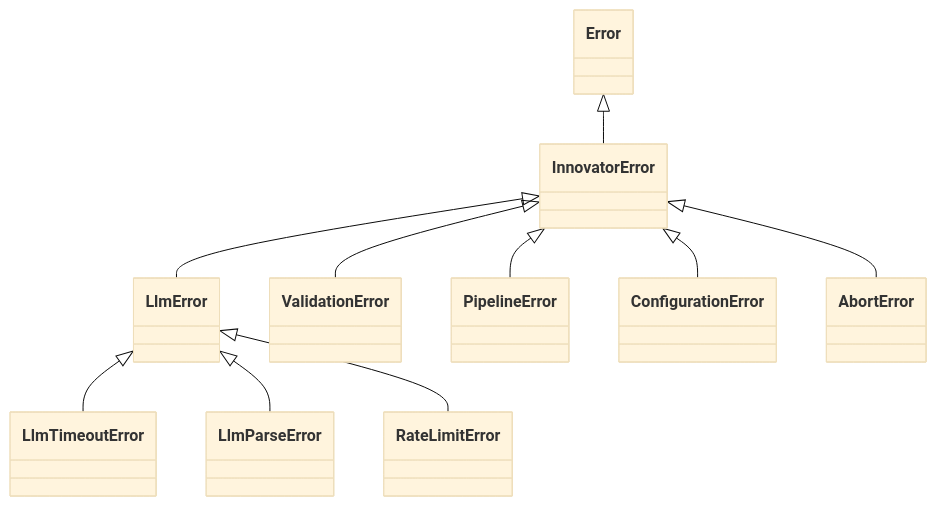
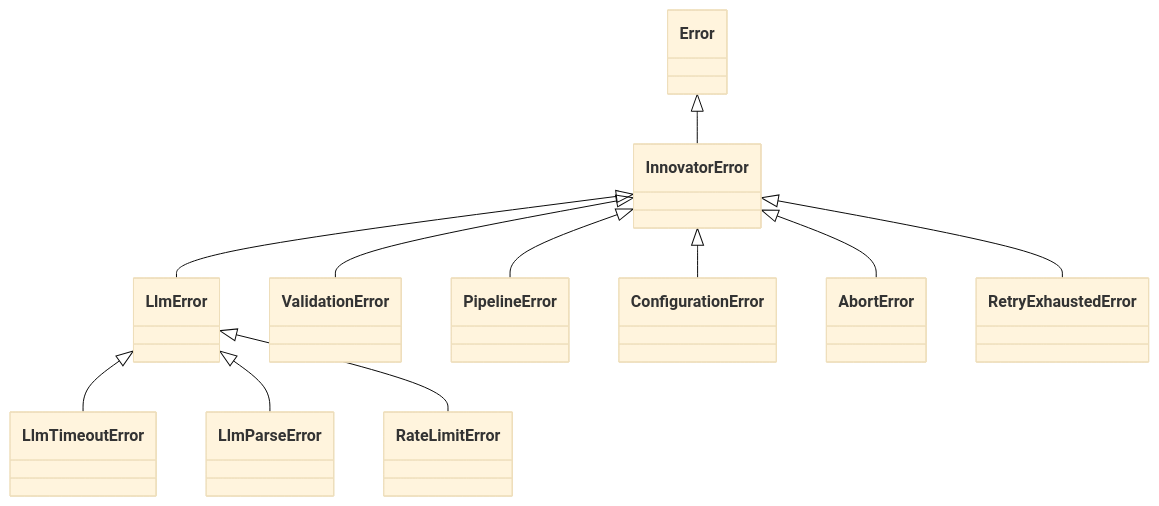
One commit to josedab/innovator changed the diagram in docs/API.md. Above: the diagram before and after it, drawn with Mermaid (base theme). The commit also changed other lines of this file and 1 other file, not shown here.

````diff
--- a/docs/API.md
+++ b/docs/API.md
@@ -457,12 +460,13 @@
 ```mermaid
 classDiagram
     Error <|-- InnovatorError
     InnovatorError <|-- LlmError
     InnovatorError <|-- ValidationError
     InnovatorError <|-- PipelineError
     InnovatorError <|-- ConfigurationError
     InnovatorError <|-- AbortError
+    InnovatorError <|-- RetryExhaustedError
     LlmError <|-- LlmTimeoutError
     LlmError <|-- LlmParseError
     LlmError <|-- RateLimitError
 ```
````
